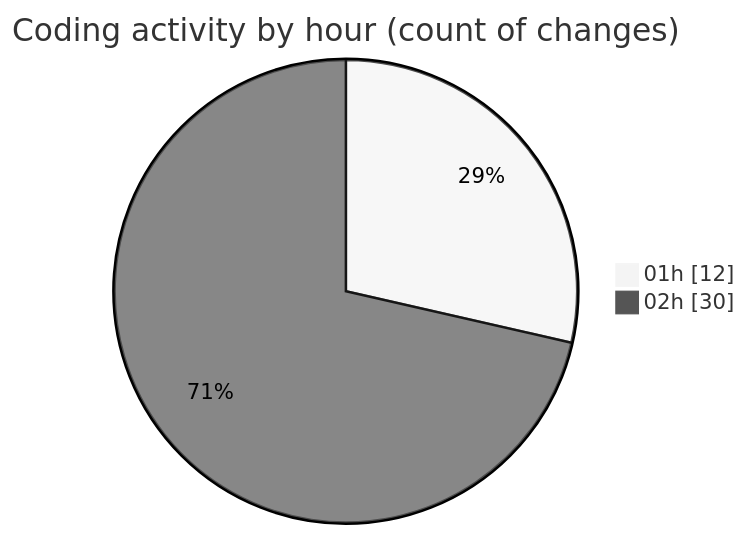
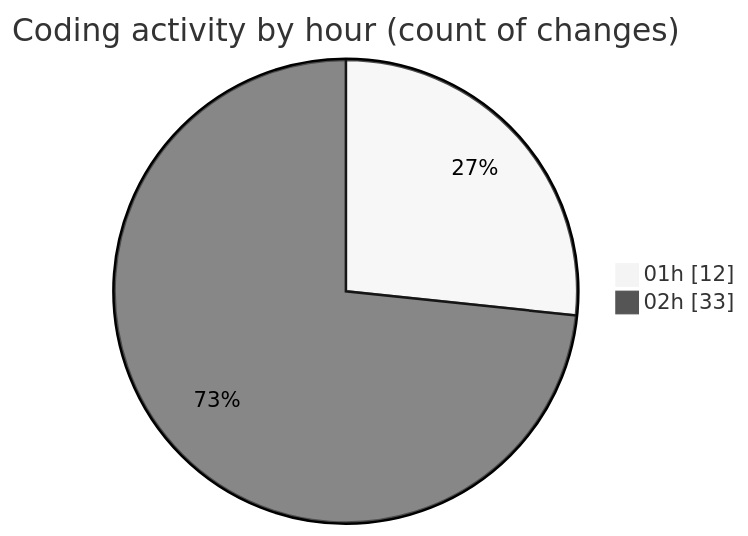
One commit to julien-gomy/code-tracking changed the second of 2 diagrams in 2025-10-24/eventscop-frontend-guide__workspace_/README.md. Above: the diagram before and after it, drawn with Mermaid (neutral theme). The commit also changed other lines of this file and 1 other file, not shown here.

````diff
--- a/2025-10-24/eventscop-frontend-guide__workspace_/README.md
+++ b/2025-10-24/eventscop-frontend-guide__workspace_/README.md
@@ -46,6 +46,6 @@
 ```mermaid
 pie showData
 title Coding activity by hour (count of changes)
 "01h" : 12
-"02h" : 30
+"02h" : 33
 ```
````
